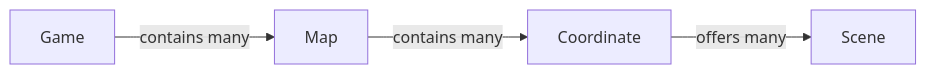
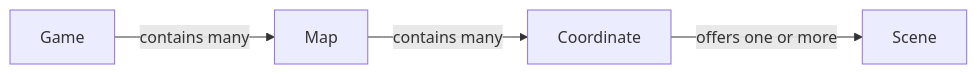
One commit to chansyawn/over-yonder changed the first of 2 diagrams in docs/game-design.md. Above: the diagram before and after it, drawn with Mermaid. The commit also changed other lines of this file and 34 other files, not shown here.

First line of the commit message:
feat: add phase one exploration flow

````diff
--- a/docs/game-design.md
+++ b/docs/game-design.md
@@ -22,6 +22,6 @@
 ```mermaid
 flowchart LR
     Game["Game"] -->|contains many| Map["Map"]
     Map -->|contains many| Coordinate["Coordinate"]
-    Coordinate -->|offers many| Scene["Scene"]
+    Coordinate -->|offers one or more| Scene["Scene"]
 ```
````
